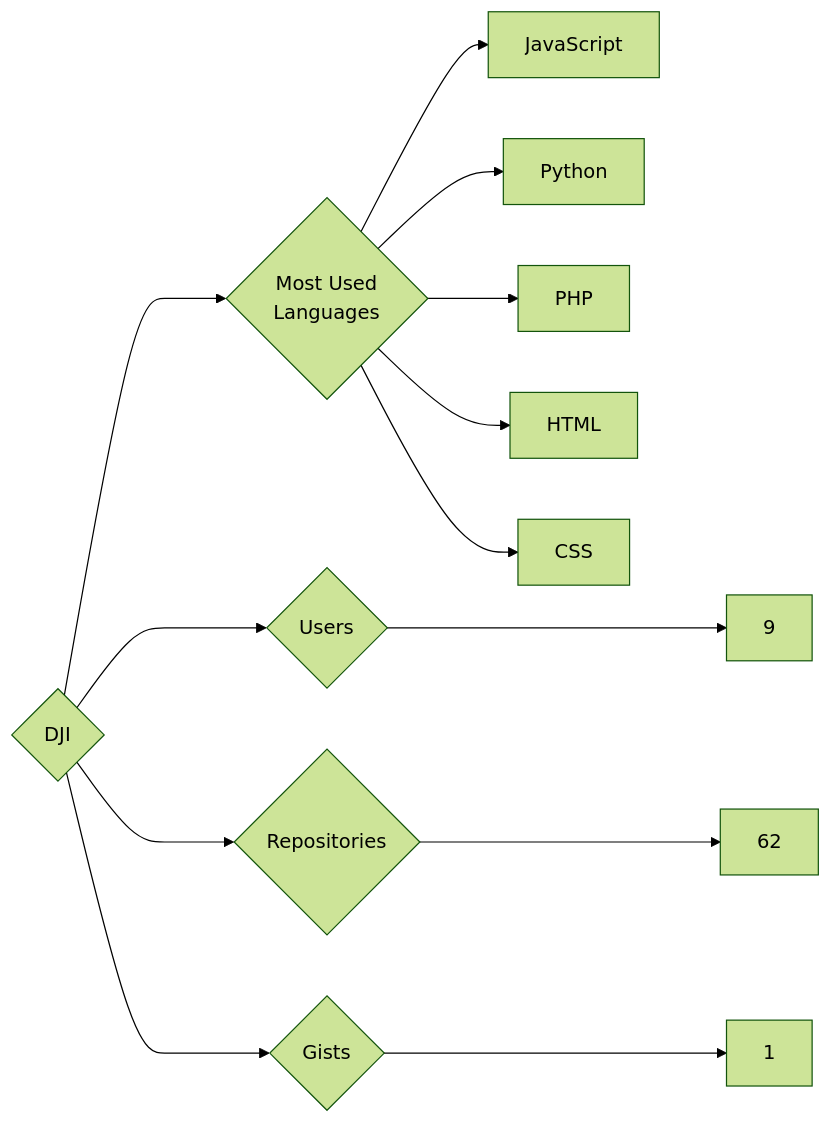
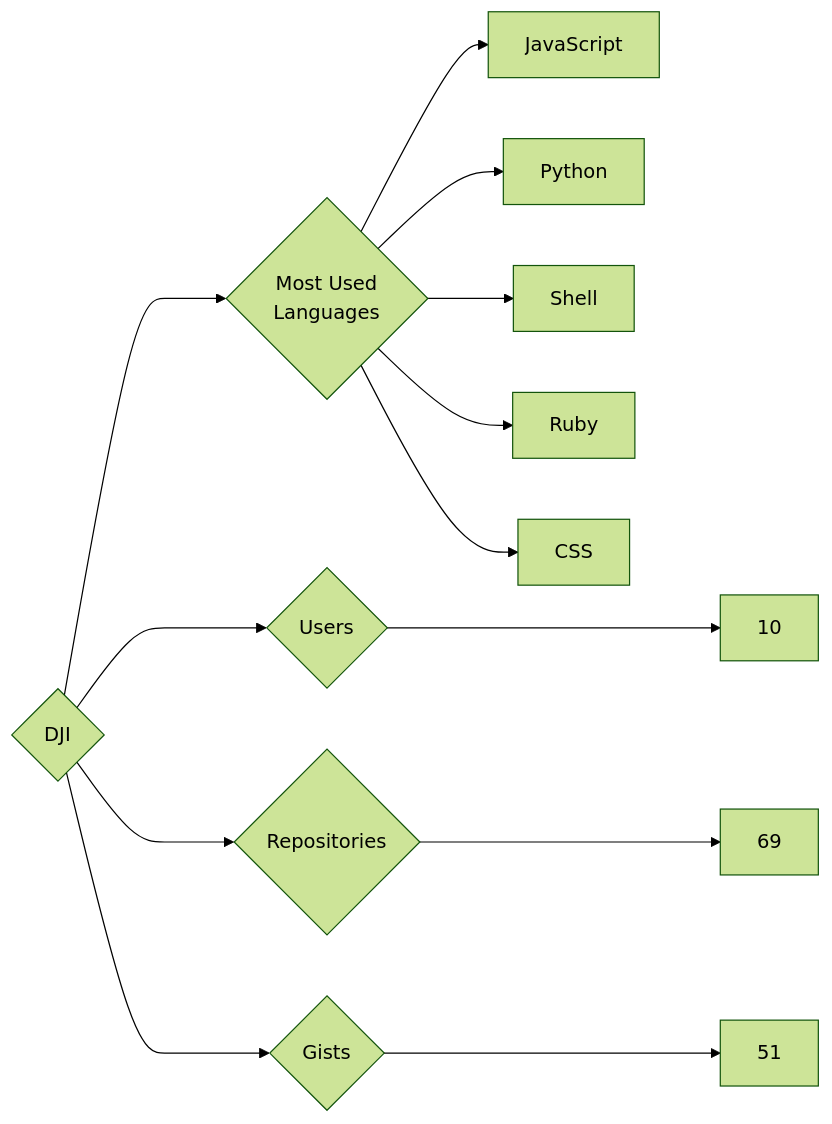
Before and after one commit to trickest/insiders: the diagram in targets/DJI/README.md, drawn with Mermaid (forest theme). The commit also changed 1120 other files, not shown here.

````diff
--- a/targets/DJI/README.md
+++ b/targets/DJI/README.md
@@ -3,13 +3,13 @@
 ```mermaid
 graph LR
 COMPANY_NAME{DJI}
-COMPANY_NAME ---> U{Users} ---> UN[9]
-COMPANY_NAME ---> R{Repositories} ---> RN[62]
-COMPANY_NAME ---> G{Gists} ---> GN[1]
+COMPANY_NAME ---> U{Users} ---> UN[10]
+COMPANY_NAME ---> R{Repositories} ---> RN[69]
+COMPANY_NAME ---> G{Gists} ---> GN[51]
 COMPANY_NAME ---> ML{Most Used<br>Languages}
 ML --> JavaScript[JavaScript]
 ML --> Python[Python]
-ML --> PHP[PHP]
-ML --> HTML[HTML]
+ML --> Shell[Shell]
+ML --> Ruby[Ruby]
 ML --> CSS[CSS]
 ```
````
